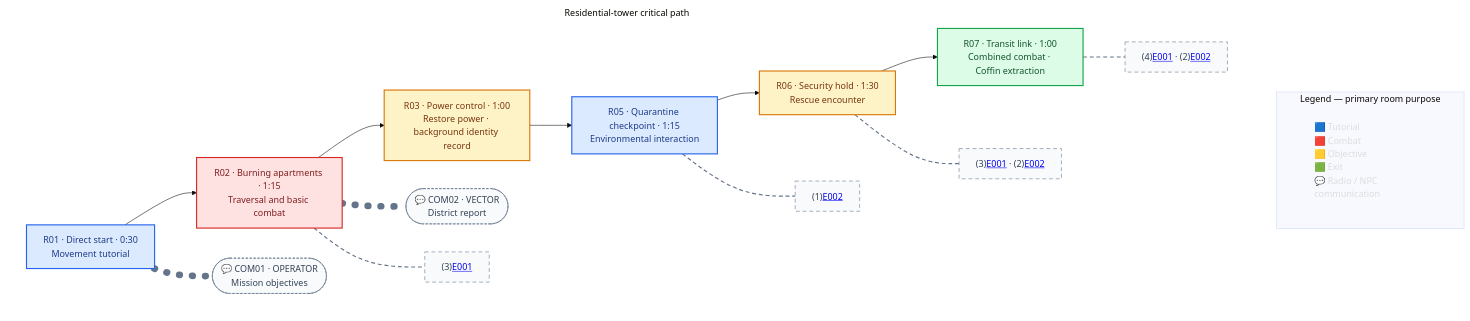
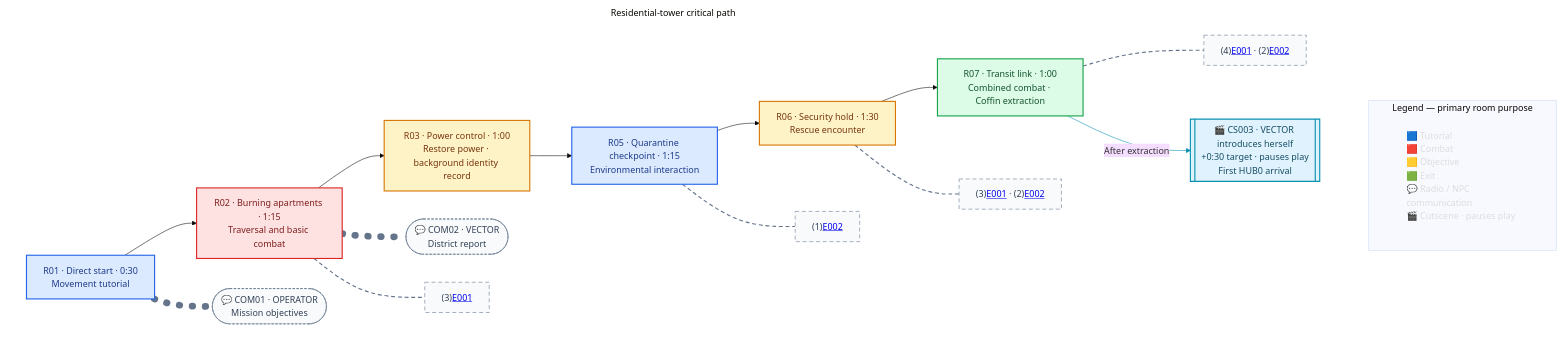
One commit to justgook/imprint-zero changed the diagram in missions/m01.md. Above: the diagram before and after it, drawn with Mermaid (base theme). The commit also changed other lines of this file and 18 other files, not shown here.

Commit message:
📝(cutscenes): translate RAM joke and add VECTOR first-Hub introduction

````diff
--- a/missions/m01.md
+++ b/missions/m01.md
@@ -20,45 +20,50 @@
 ```mermaid
 flowchart TB
     subgraph Legend[Legend — primary room purpose]
-        L["🟦 Tutorial<br/>🟥 Combat<br/>🟨 Objective<br/>🟩 Exit<br/>💬 Radio / NPC communication"]
+        L["🟦 Tutorial<br/>🟥 Combat<br/>🟨 Objective<br/>🟩 Exit<br/>💬 Radio / NPC communication<br/>🎬 Cutscene · pauses play"]
     end
 
     subgraph Route[Residential-tower critical path]
         direction LR
         R01["R01 · Direct start · 0:30<br/>Movement tutorial"] --> R02["R02 · Burning apartments · 1:15<br/>Traversal and basic combat"]
         R02 --> R03["R03 · Power control · 1:00<br/>Restore power · background identity record"]
         R03 --> R05["R05 · Quarantine checkpoint · 1:15<br/>Environmental interaction"]
         R05 --> R06["R06 · Security hold · 1:30<br/>Rescue encounter"]
         R06 --> R07["R07 · Transit link · 1:00<br/>Combined combat · Coffin extraction"]
 
         R01 -.- COM01(["💬 COM01 · OPERATOR<br/>Mission objectives"])
         R02 -.- COM02(["💬 COM02 · VECTOR<br/>District report"])
 
         R02 -.- R02EN["(3)<a href='#/enemies/e001'>E001</a>"]
         R05 -.- R05EN["(1)<a href='#/enemies/e002'>E002</a>"]
         R06 -.- R06EN["(3)<a href='#/enemies/e001'>E001</a> · (2)<a href='#/enemies/e002'>E002</a>"]
         R07 -.- R07EN["(4)<a href='#/enemies/e001'>E001</a> · (2)<a href='#/enemies/e002'>E002</a>"]
+        R07 -->|After extraction| CS003[["🎬 CS003 · VECTOR introduces herself<br/>+0:30 target · pauses play<br/>First HUB0 arrival"]]
     end
 
+    click CS003 href "#/cutscenes/cs003"
     click COM01 href "#/locale/en/dialogue.po?entry=dialogue.m01.com01"
     click COM02 href "#/locale/en/dialogue.po?entry=dialogue.m01.com02"
 
     classDef tutorial fill:#dbeafe,stroke:#2563eb,color:#1e3a8a,stroke-width:2px;
     classDef combat fill:#fee2e2,stroke:#dc2626,color:#7f1d1d,stroke-width:2px;
     classDef objective fill:#fef3c7,stroke:#d97706,color:#78350f,stroke-width:2px;
     classDef exit fill:#dcfce7,stroke:#16a34a,color:#14532d,stroke-width:2px;
     classDef communication fill:#f8fafc,stroke:#64748b,color:#334155,stroke-width:1px,stroke-dasharray:4 3;
+    classDef cutscene fill:#e0f2fe,stroke:#0891b2,color:#164e63,stroke-width:2px;
     classDef roomContent fill:#f8fafc,stroke:#64748b,color:#334155,stroke-width:1px,stroke-dasharray:7 5;
     classDef legend fill:none,stroke:none,color:#ddd,text-align:left;
 
     class R01,R05 tutorial;
     class R02 combat;
     class R03,R06 objective;
     class R07 exit;
     class COM01,COM02 communication;
     class R02EN,R05EN,R06EN,R07EN roomContent;
+    class CS003 cutscene;
     class L legend;
+    linkStyle 11 stroke:#0891b2,stroke-width:1px;
     linkStyle 5,6 stroke:#64748b,stroke-width:12px,stroke-dasharray:1 22,stroke-linecap:round;
     linkStyle 7,8,9,10 stroke:#64748b,stroke-width:2px,stroke-dasharray:7 5;
     style Route fill:none,stroke:none;
 ```
````
